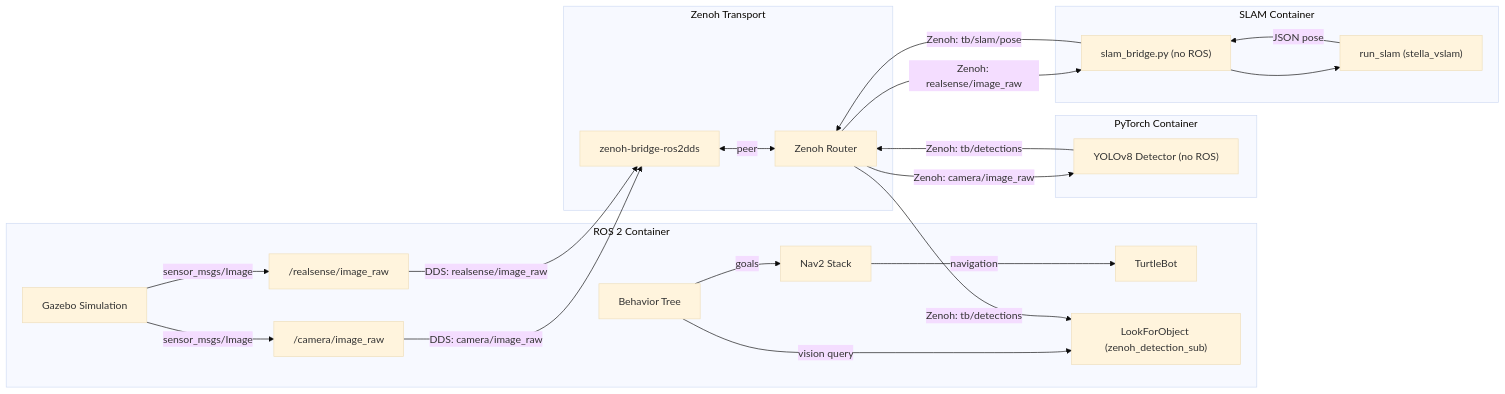
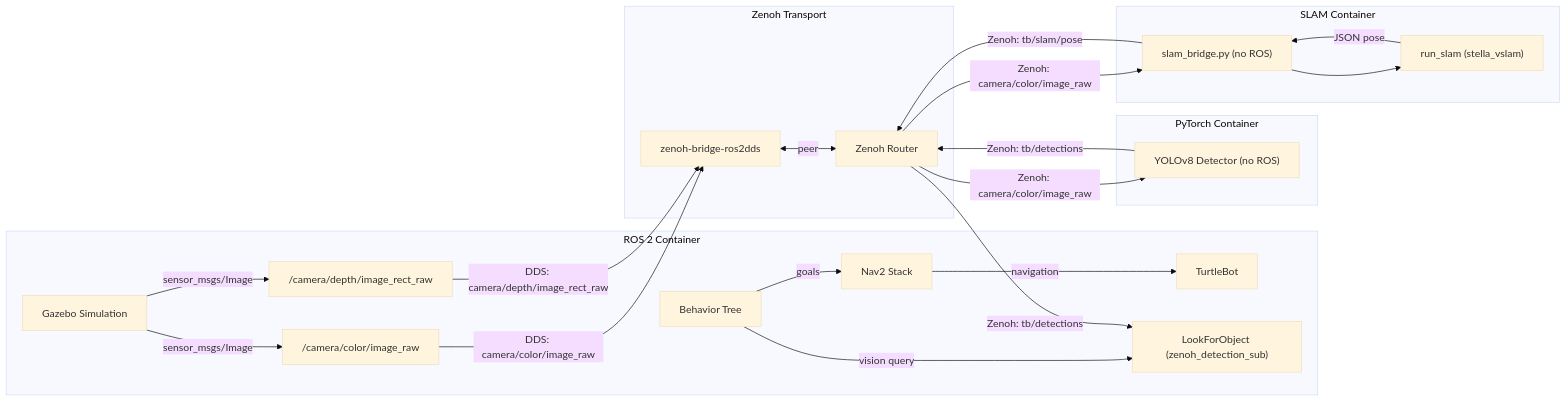
One commit to pantelis/turtlebot-maze changed the first of 5 diagrams in README.md. Above: the diagram before and after it, drawn with Mermaid (base theme). The commit also changed other lines of this file and 2 other files, not shown here.

Commit message:
feat(detector): update image key to D435i canonical topic; fix README
- object_detector.py: default --image-key changed from camera/image_raw
  to camera/color/image_raw (canonical D435i/ROS 2 topic name)
- docker-compose.yaml detector: explicit --image-key camera/color/image_raw
- README: update all camera topic references from legacy R200 names to
  D435i standard topics (camera/color/image_raw, camera/depth/image_rect_raw)

Validation: 23 detection msgs/s flowing end-to-end (Gazebo → ros_gz_bridge
→ zenoh-bridge → detector → tb/detections), all 26 tests pass.

Closes turtlebot-maze-dgm

````diff
--- a/README.md
+++ b/README.md
@@ -20,33 +20,33 @@
 ```mermaid
 graph LR
     subgraph ROS 2 Container
-        GAZ["Gazebo Simulation"] -->|"sensor_msgs/Image"| CAM["/camera/image_raw"]
-        GAZ -->|"sensor_msgs/Image"| DEPTH["/realsense/image_raw"]
+        GAZ["Gazebo Simulation"] -->|"sensor_msgs/Image"| CAM["/camera/color/image_raw"]
+        GAZ -->|"sensor_msgs/Image"| DEPTH["/camera/depth/image_rect_raw"]
         NAV["Nav2 Stack"] -->|navigation| TB["TurtleBot"]
         BT["Behavior Tree"] -->|goals| NAV
         BT -->|"vision query"| VIS["LookForObject (zenoh_detection_sub)"]
     end
 
     subgraph Zenoh Transport
         ZB["zenoh-bridge-ros2dds"]
         ZR["Zenoh Router"]
         ZB <-->|peer| ZR
     end
 
     subgraph PyTorch Container
         DET["YOLOv8 Detector (no ROS)"]
     end
 
     subgraph SLAM Container
         SB["slam_bridge.py (no ROS)"] --> RS["run_slam (stella_vslam)"]
         RS -->|"JSON pose"| SB
     end
 
-    CAM -->|"DDS: camera/image_raw"| ZB
-    DEPTH -->|"DDS: realsense/image_raw"| ZB
-    ZR -->|"Zenoh: camera/image_raw"| DET
+    CAM -->|"DDS: camera/color/image_raw"| ZB
+    DEPTH -->|"DDS: camera/depth/image_rect_raw"| ZB
+    ZR -->|"Zenoh: camera/color/image_raw"| DET
     DET -->|"Zenoh: tb/detections"| ZR
     ZR -->|"Zenoh: tb/detections"| VIS
-    ZR -->|"Zenoh: realsense/image_raw"| SB
+    ZR -->|"Zenoh: camera/color/image_raw"| SB
     SB -->|"Zenoh: tb/slam/pose"| ZR
 ```
````
